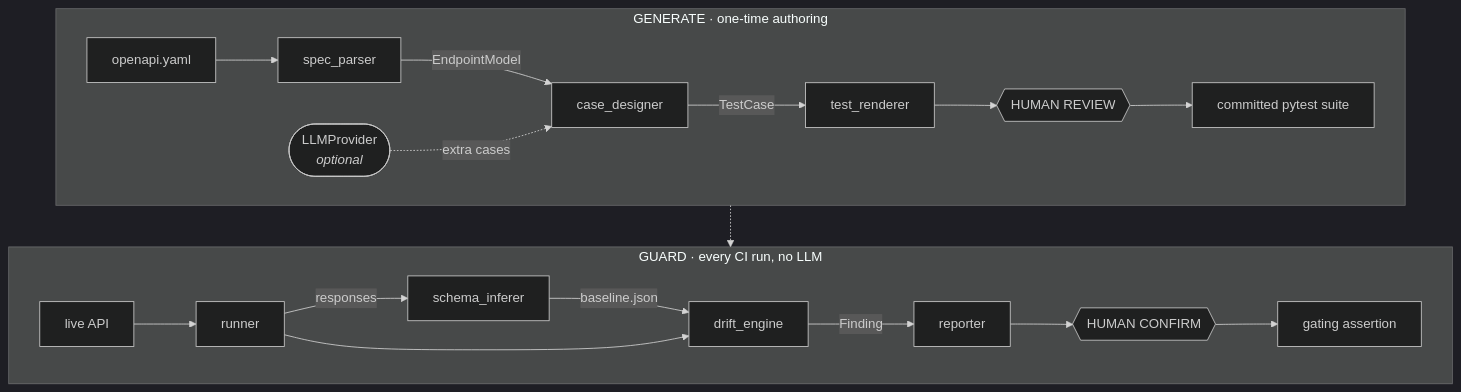
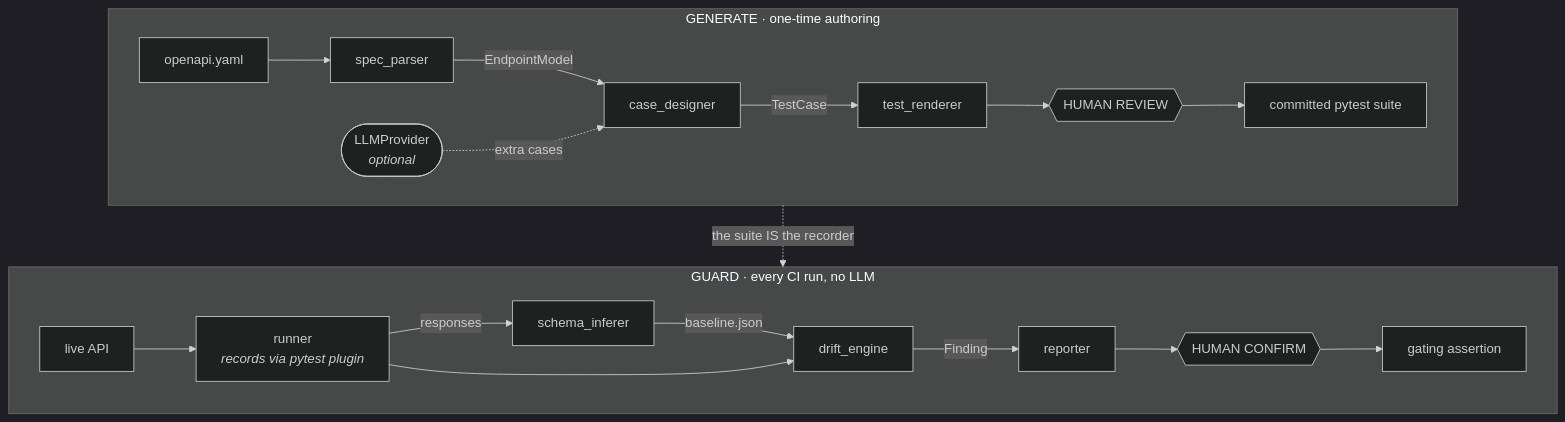
One commit to athrvrne/SpecGuard changed the diagram in README.md. Above: the diagram before and after it, drawn with Mermaid (dark theme). The commit also changed other lines of this file, not shown here.

First line of the commit message:
docs: bring the architectural overview up to date with both halves

````diff
--- a/README.md
+++ b/README.md
@@ -35,25 +36,25 @@
 ```mermaid
 flowchart TB
     subgraph G["GENERATE  ·  one-time authoring"]
         direction LR
         S[openapi.yaml] --> P[spec_parser]
         P -->|EndpointModel| C[case_designer]
         L(["LLMProvider<br/><i>optional</i>"]) -.->|extra cases| C
         C -->|TestCase| R[test_renderer]
         R --> RV{{HUMAN REVIEW}}
         RV --> Suite[committed pytest suite]
     end
 
     subgraph D["GUARD  ·  every CI run, no LLM"]
         direction LR
-        API[live API] --> RUN[runner]
+        API[live API] --> RUN[runner<br/><i>records via pytest plugin</i>]
         RUN -->|responses| INF[schema_inferer]
         INF -->|baseline.json| DE[drift_engine]
         RUN --> DE
         DE -->|Finding| REP[reporter]
         REP --> CONF{{HUMAN CONFIRM}}
         CONF --> Gate[gating assertion]
     end
 
-    Suite -.-> RUN
+    Suite -.->|the suite IS the recorder| RUN
 ```
````
